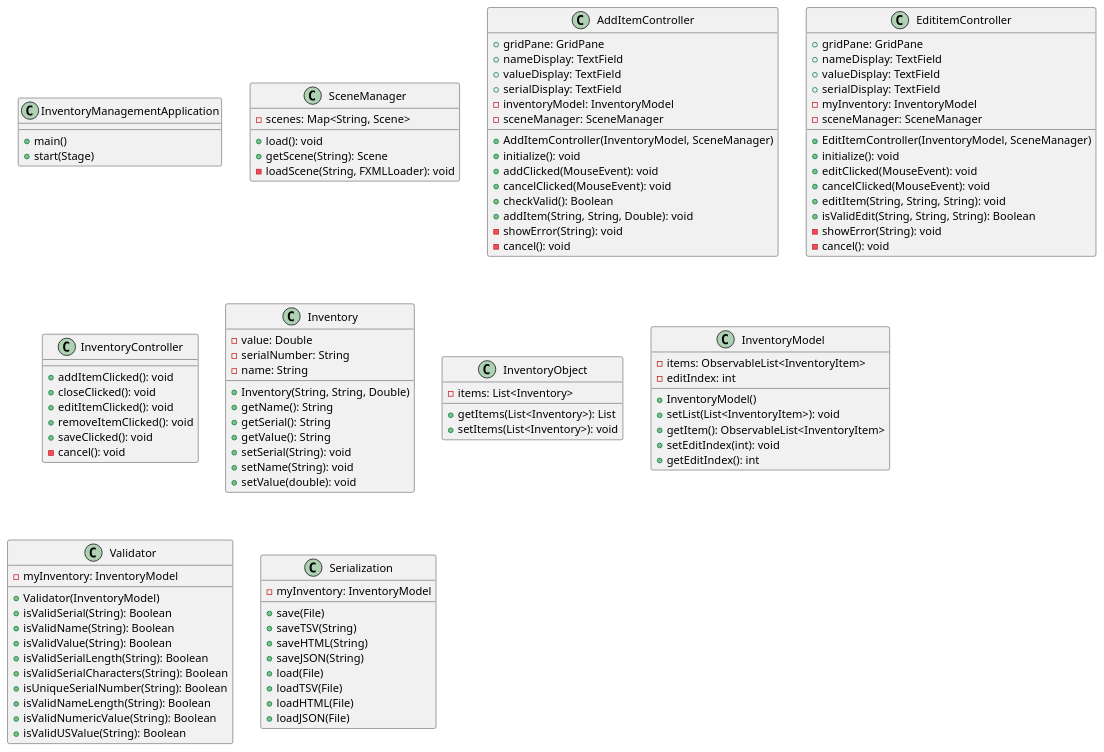
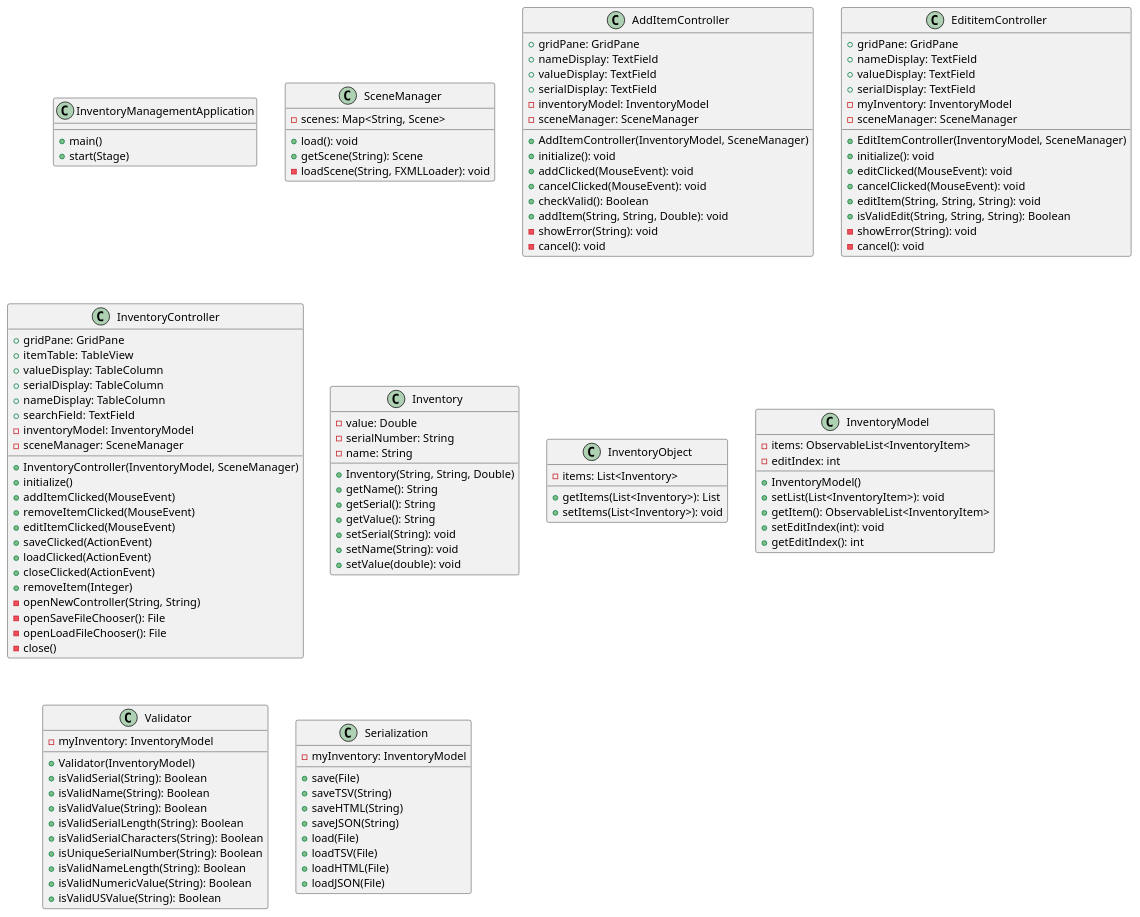
Before and after one commit to mathdude3482/Jaro-app2: the diagram in Jaro-app2/docs/diagram.puml, drawn with PlantUML. The commit also changed 7 other files, not shown here.

Commit message:
Added the InventoryController logic and updated the UML diagram accordingly.

```diff
--- a/Jaro-app2/docs/diagram.puml
+++ b/Jaro-app2/docs/diagram.puml
@@ -1,104 +1,120 @@
 @startuml
 class InventoryManagementApplication{
 +main()
 +start(Stage)
 }
 class SceneManager {
     - scenes: Map<String, Scene>
     + load(): void
     + getScene(String): Scene
     - loadScene(String, FXMLLoader): void
 }
 class AddItemController{
     + gridPane: GridPane
     + nameDisplay: TextField
     + valueDisplay: TextField
     + serialDisplay: TextField
     - inventoryModel: InventoryModel
     - sceneManager: SceneManager
     + AddItemController(InventoryModel, SceneManager)
     + initialize(): void
     + addClicked(MouseEvent): void
     + cancelClicked(MouseEvent): void
     + checkValid(): Boolean
     + addItem(String, String, Double): void
     - showError(String): void
     - cancel(): void
 }
 class EdititemController{
     + gridPane: GridPane
     + nameDisplay: TextField
     + valueDisplay: TextField
     + serialDisplay: TextField
     - myInventory: InventoryModel
     - sceneManager: SceneManager
     + EditItemController(InventoryModel, SceneManager)
     + initialize(): void
     + editClicked(MouseEvent): void
     + cancelClicked(MouseEvent): void
     + editItem(String, String, String): void
     + isValidEdit(String, String, String): Boolean
     - showError(String): void
     - cancel(): void
 }
 
 class InventoryController{
-+ addItemClicked(): void
-+ closeClicked(): void
-+ editItemClicked(): void
-+ removeItemClicked(): void
-+ saveClicked(): void
-- cancel(): void
+ + gridPane: GridPane
+    + itemTable: TableView
+    + valueDisplay: TableColumn
+    + serialDisplay: TableColumn
+    + nameDisplay: TableColumn
+    + searchField: TextField
+    - inventoryModel: InventoryModel
+    - sceneManager: SceneManager
+
+    + InventoryController(InventoryModel, SceneManager)
+    + initialize()
+    + addItemClicked(MouseEvent)
+    + removeItemClicked(MouseEvent)
+    + editItemClicked(MouseEvent)
+    + saveClicked(ActionEvent)
+    + loadClicked(ActionEvent)
+    + closeClicked(ActionEvent)
+    + removeItem(Integer)
+    - openNewController(String, String)
+    - openSaveFileChooser(): File
+    - openLoadFileChooser(): File
+    - close()
 }
 class Inventory{
  - value: Double
  - serialNumber: String
  - name: String
  + Inventory(String, String, Double)
 + getName(): String
 + getSerial(): String
 + getValue(): String
 + setSerial(String): void
 + setName(String): void
 + setValue(double): void
 }
 class InventoryObject{
 - items: List<Inventory>
 + getItems(List<Inventory>): List
 + setItems(List<Inventory>): void
 }
 class InventoryModel{
     - items: ObservableList<InventoryItem>
     - editIndex: int
     + InventoryModel()
     + setList(List<InventoryItem>): void
     + getItem(): ObservableList<InventoryItem>
     + setEditIndex(int): void
     + getEditIndex(): int
 }
 class Validator{
     - myInventory: InventoryModel
     + Validator(InventoryModel)
     + isValidSerial(String): Boolean
     + isValidName(String): Boolean
     + isValidValue(String): Boolean
     + isValidSerialLength(String): Boolean
     + isValidSerialCharacters(String): Boolean
     + isUniqueSerialNumber(String): Boolean
     + isValidNameLength(String): Boolean
     + isValidNumericValue(String): Boolean
     + isValidUSValue(String): Boolean
 }
 class Serialization {
     - myInventory: InventoryModel
     + save(File)
     + saveTSV(String)
     + saveHTML(String)
     + saveJSON(String)
     + load(File)
     + loadTSV(File)
     + loadHTML(File)
     + loadJSON(File)
 }
 
 @enduml
```
